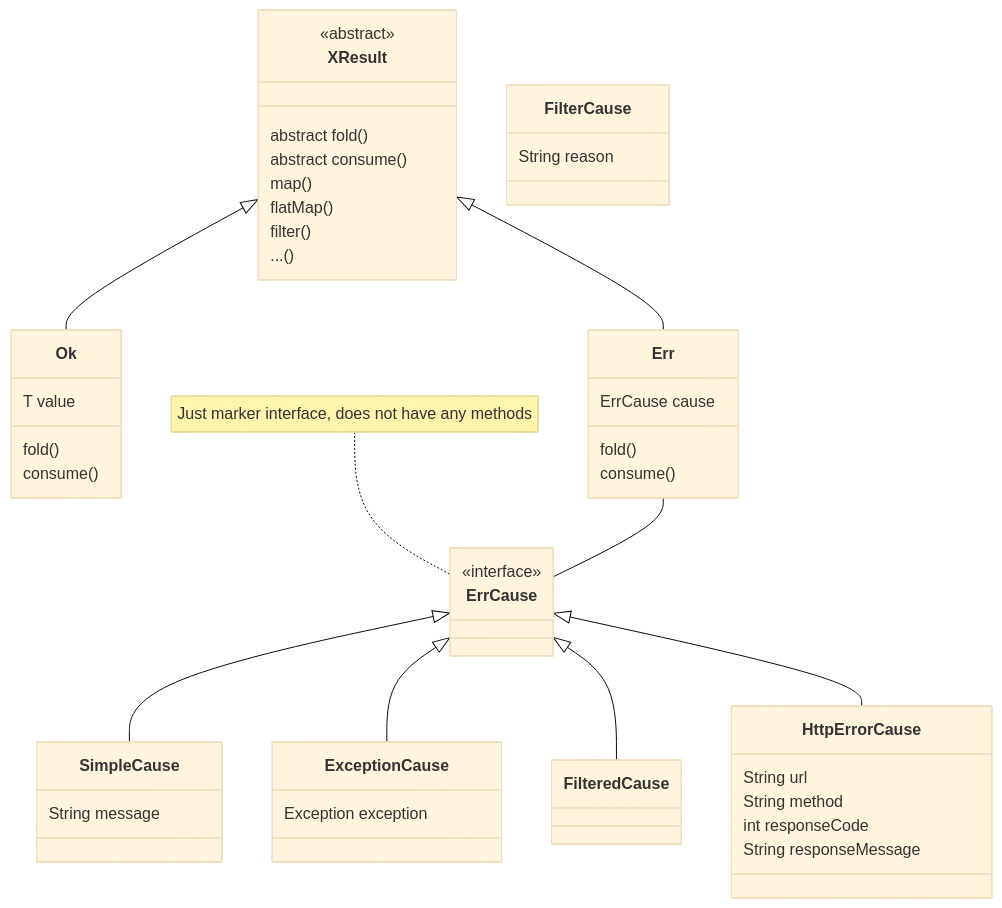
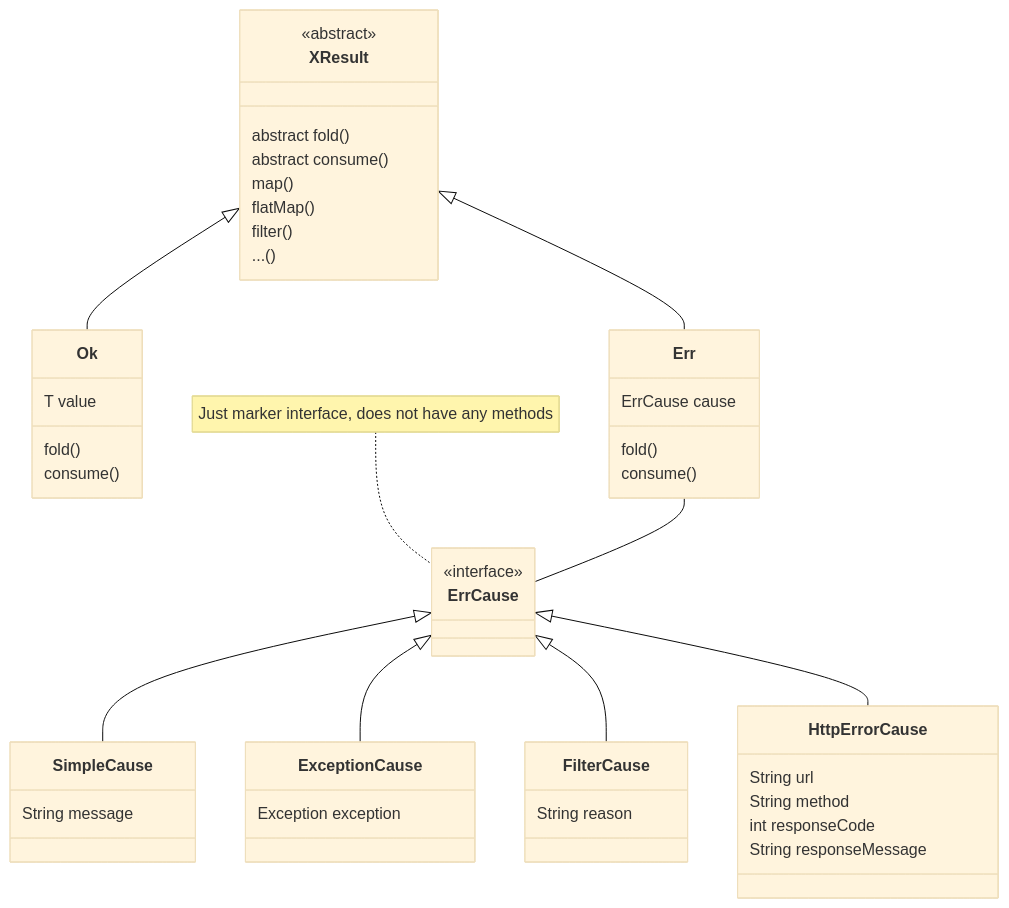
The diagram in README.md (skopylov58/java-extended-result-monad), drawn with Mermaid (base theme) before and after one commit. The commit also changed 2 other files, not shown here.

Commit message:
test: get user by is test

````diff
--- a/README.md
+++ b/README.md
@@ -91,59 +91,59 @@
 ```mermaid
 classDiagram
     XResult <|-- Ok
     XResult <|-- Err
     Err -- ErrCause
     
     ErrCause <|-- SimpleCause
     ErrCause <|-- ExceptionCause
-    ErrCause <|-- FilteredCause
+    ErrCause <|-- FilterCause
     ErrCause <|-- HttpErrorCause
 
     note for ErrCause "Just marker interface, does not have any methods"
 
     class XResult~T~ {
         <<abstract>>
         abstract fold()
         abstract consume()
         map()
         flatMap()
         filter()
         ...()
 
     }
     
     class Ok ~T~ {
       T value
       fold()
       consume()
     }
     
     class Err{
       ErrCause cause
       fold()
       consume()
     }
 
     class ErrCause{
         <<interface>>
     }
 
     class SimpleCause{
         String message
     }
 
     class ExceptionCause {
         Exception exception
     }
 
     class FilterCause {
         String reason
     }
 
     class HttpErrorCause {
         String url
         String method
         int responseCode
         String responseMessage
     }
 ```
````
